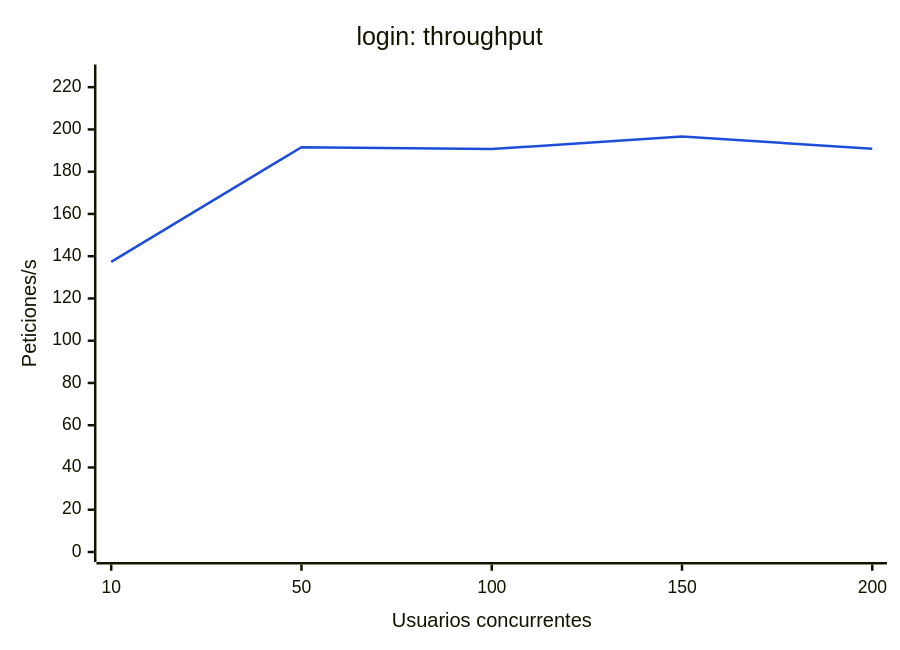
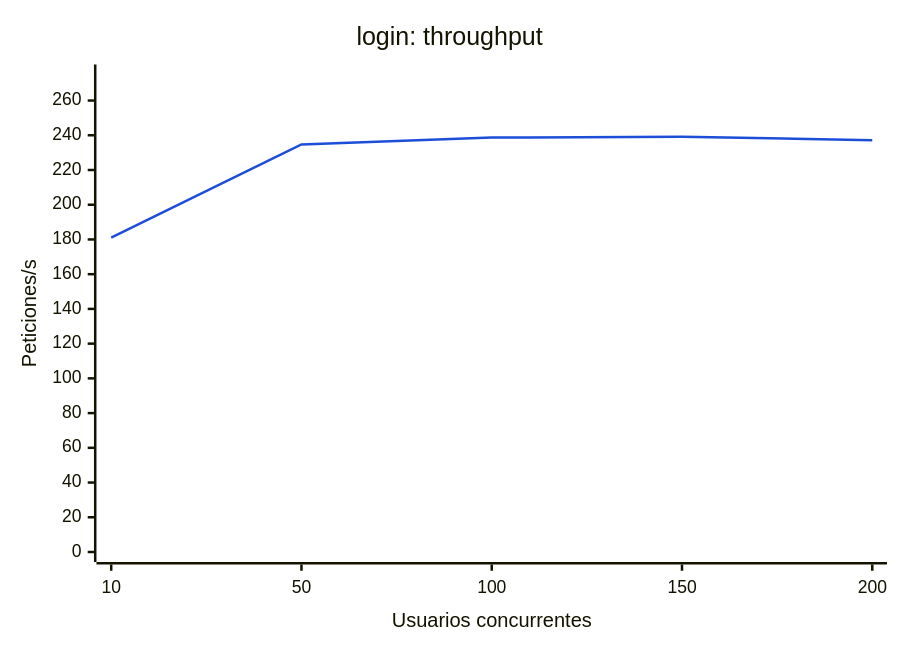
The first of 6 diagrams in pruebas-carga/resultados/resumen.md (JuanVargas0325/Prueba), drawn with Mermaid before and after one commit. The commit also changed other lines of this file and 110 other files, not shown here.

````diff
--- a/pruebas-carga/resultados/resumen.md
+++ b/pruebas-carga/resultados/resumen.md
@@ -13,8 +13,8 @@
 ```mermaid
 %%{init: {"themeVariables": {"xyChart": {"plotColorPalette": "#1d4ed8"}}}}%%
 xychart-beta
     title "login: throughput"
     x-axis "Usuarios concurrentes" [10, 50, 100, 150, 200]
-    y-axis "Peticiones/s" 0 --> 226
-    line [137.3, 191.6, 190.7, 196.7, 190.8]
+    y-axis "Peticiones/s" 0 --> 275
+    line [181.1, 234.7, 238.7, 239.1, 237.2]
 ```
````
